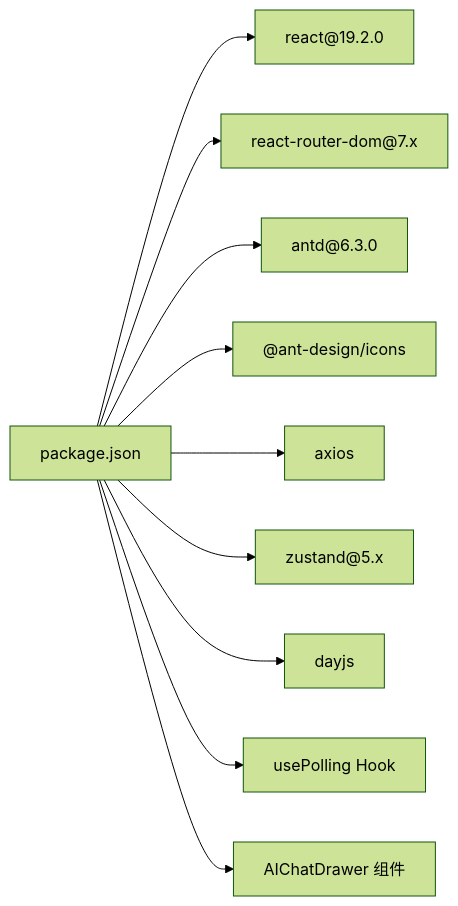
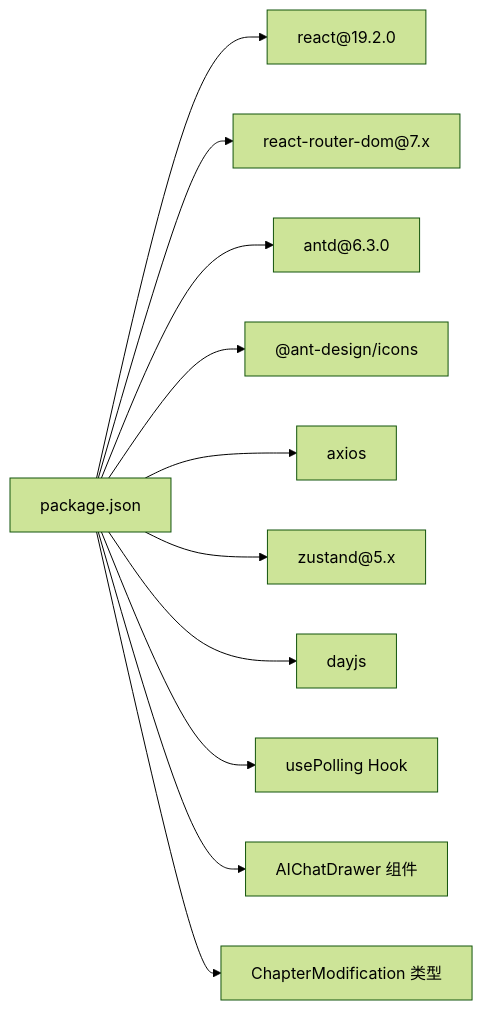
Before and after one commit to xfbyxq/ai-novel-system: the eighth of 8 diagrams in .qoder/repowiki/zh/content/前端架构/前端架构.md, drawn with Mermaid (forest theme). The commit also changed other lines of this file and 6 other files, not shown here.

````diff
--- a/.qoder/repowiki/zh/content/前端架构/前端架构.md
+++ b/.qoder/repowiki/zh/content/前端架构/前端架构.md
@@ -594,12 +602,13 @@
 ```mermaid
 graph LR
 Pkg["package.json"] --> React["react@19.2.0"]
 Pkg --> Router["react-router-dom@7.x"]
 Pkg --> Antd["antd@6.3.0"]
 Pkg --> Icons["@ant-design/icons"]
 Pkg --> Axios["axios"]
 Pkg --> Zustand["zustand@5.x"]
 Pkg --> Dayjs["dayjs"]
 Pkg --> Hook["usePolling Hook"]
 Pkg --> AIC["AIChatDrawer 组件"]
+Pkg --> CM["ChapterModification 类型"]
 ```
````
